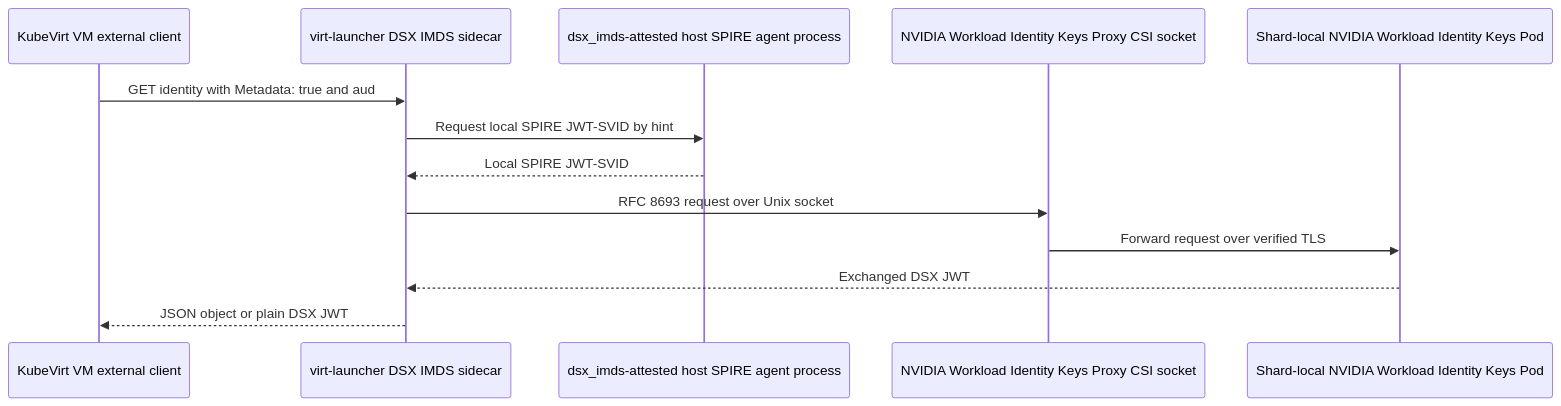
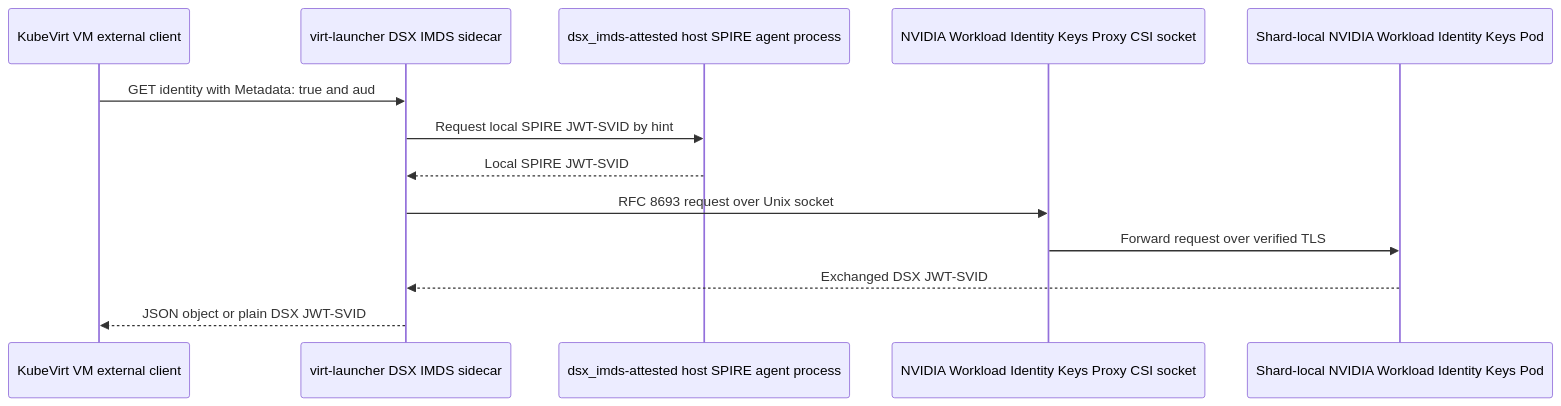
The first of 3 diagrams in cmd/metadata-service/README.md (dsx-ai-factory/nvidia-workload-identity), drawn with Mermaid before and after one commit. The commit also changed other lines of this file and 21 other files, not shown here.

````diff
--- a/cmd/metadata-service/README.md
+++ b/cmd/metadata-service/README.md
@@ -12,15 +12,15 @@
 ```mermaid
 sequenceDiagram
     participant VM as KubeVirt VM external client
     participant MS as virt-launcher DSX IMDS sidecar
     participant SA as dsx_imds-attested host SPIRE agent process
     participant CSI as NVIDIA Workload Identity Keys Proxy CSI socket
     participant EX as Shard-local NVIDIA Workload Identity Keys Pod
     VM->>MS: GET identity with Metadata: true and aud
     MS->>SA: Request local SPIRE JWT-SVID by hint
     SA-->>MS: Local SPIRE JWT-SVID
     MS->>CSI: RFC 8693 request over Unix socket
     CSI->>EX: Forward request over verified TLS
-    EX-->>MS: Exchanged DSX JWT
-    MS-->>VM: JSON object or plain DSX JWT
+    EX-->>MS: Exchanged DSX JWT-SVID
+    MS-->>VM: JSON object or plain DSX JWT-SVID
 ```
````
